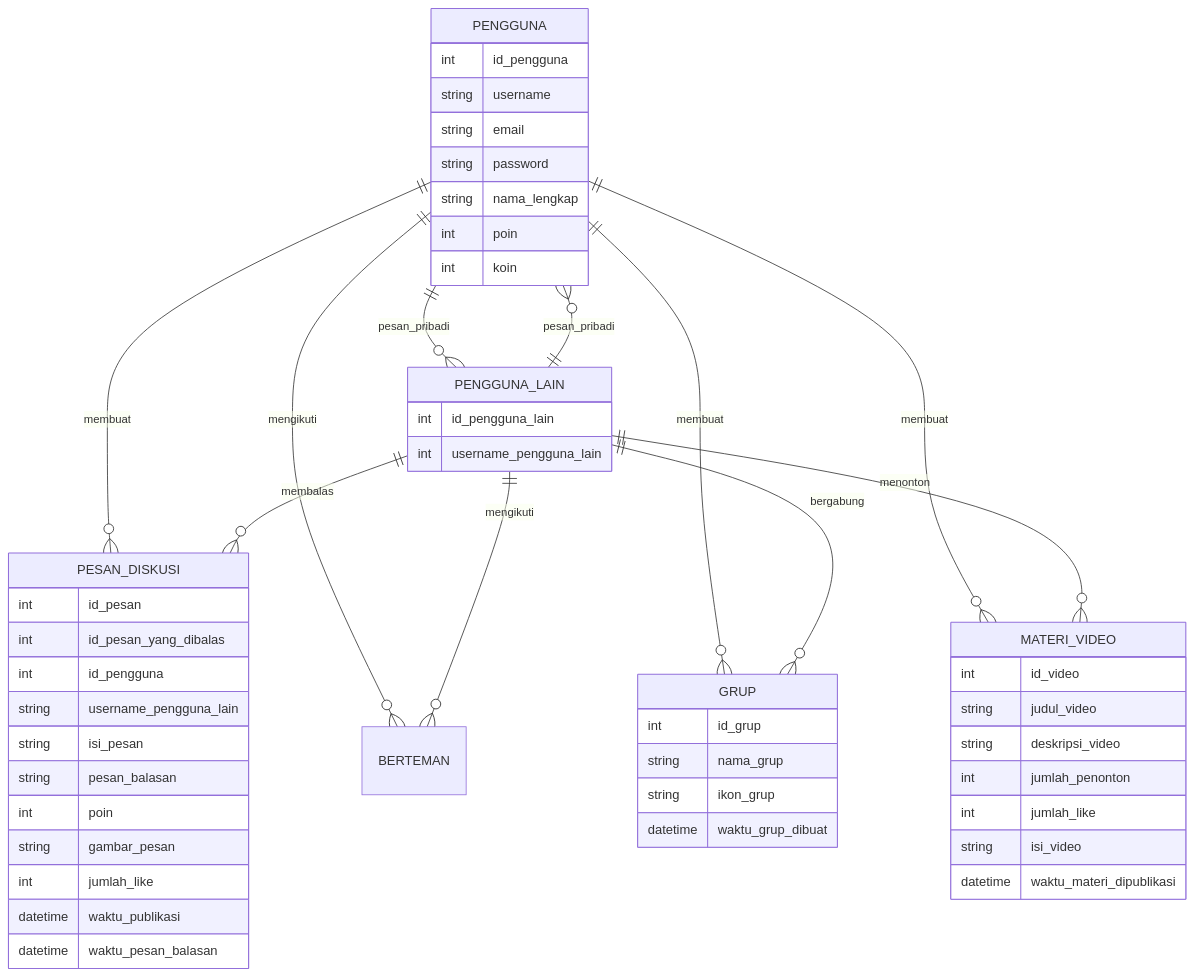
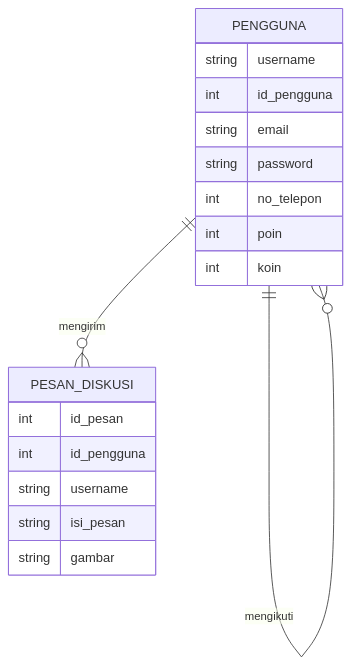
The first of 2 diagrams in job interview.MD (fahrizap/Kodein), drawn with Mermaid before and after one commit. The commit also changed other lines of this file, not shown here.

Commit message:
Update job interview.MD

````diff
--- a/job interview.MD
+++ b/job interview.MD
@@ -23,55 +23,21 @@
 ```mermaid
 erDiagram
-
-  PENGGUNA {
-    int id_pengguna
-    string username
-    string email
-    string password
-    string nama_lengkap
-    int poin
-    int koin
-  }
-  PENGGUNA ||--o{ PESAN_DISKUSI : membuat
-  PENGGUNA ||--o{ BERTEMAN : mengikuti
-  PENGGUNA ||--o{ PENGGUNA_LAIN : pesan_pribadi
-  PENGGUNA ||--o{ GRUP : membuat
-  PENGGUNA ||--o{ MATERI_VIDEO : membuat
-  PESAN_DISKUSI {
-    int id_pesan
-    int id_pesan_yang_dibalas
-    int id_pengguna 
-    string username_pengguna_lain
-    string isi_pesan
-    string pesan_balasan
-    int poin
-    string gambar_pesan
-    int jumlah_like
-    datetime waktu_publikasi
-    datetime waktu_pesan_balasan
-  }
-  PENGGUNA_LAIN {
-    int id_pengguna_lain
-    int username_pengguna_lain
-  }
-  PENGGUNA_LAIN ||--o{ PESAN_DISKUSI : membalas
-  PENGGUNA_LAIN ||--o{ BERTEMAN : mengikuti
-  PENGGUNA_LAIN ||--o{ PENGGUNA : pesan_pribadi
-  PENGGUNA_LAIN ||--o{ GRUP : bergabung
-  PENGGUNA_LAIN ||--o{ MATERI_VIDEO : menonton
-  GRUP {
-    int id_grup
-    string nama_grup
-    string ikon_grup
-    datetime waktu_grup_dibuat
-  }
-  MATERI_VIDEO {
-    int id_video
-    string judul_video
-    string deskripsi_video
-    int jumlah_penonton
-    int jumlah_like
-    string isi_video
-    datetime waktu_materi_dipublikasi
-  }
+PENGGUNA {
+string username
+int id_pengguna
+string email
+string password
+int no_telepon
+int poin
+int koin
+}
+PESAN_DISKUSI {
+int id_pesan
+int id_pengguna
+string username
+string isi_pesan
+string gambar
+}
+PENGGUNA||--o{PESAN_DISKUSI : mengirim
+PENGGUNA||--o{PENGGUNA : mengikuti
 ```
````
